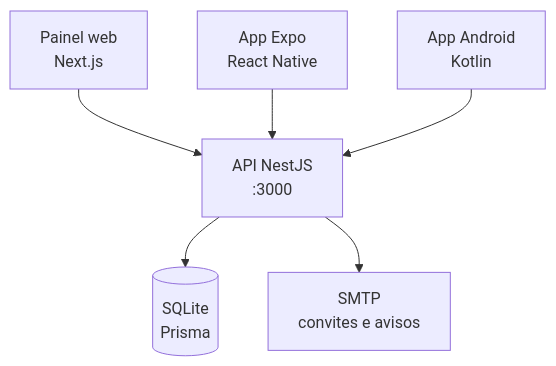
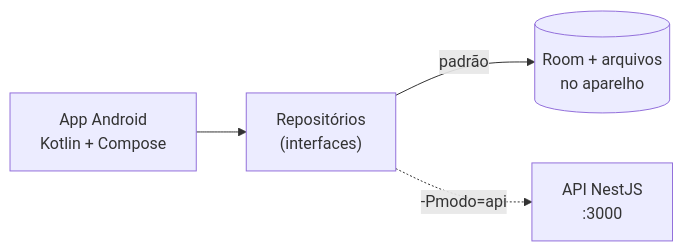
Before and after one commit to fiap-2027/lets-sign: the second of 2 diagrams in README.md, drawn with Mermaid. The commit also changed other lines of this file and 1 other file, not shown here.

First line of the commit message:
Atualiza README para app Android sem servidor

````diff
--- a/README.md
+++ b/README.md
@@ -49,8 +46,6 @@
 ```mermaid
-flowchart TD
-    WEB["Painel web<br/>Next.js"] --> API
-    RN["App Expo<br/>React Native"] --> API
-    AND["App Android<br/>Kotlin"] --> API
-    API["API NestJS<br/>:3000"] --> DB[("SQLite<br/>Prisma")]
-    API --> MAIL["SMTP<br/>convites e avisos"]
+flowchart LR
+    AND["App Android<br/>Kotlin + Compose"] --> REPO["Repositórios<br/>(interfaces)"]
+    REPO -->|padrão| ROOM[("Room + arquivos<br/>no aparelho")]
+    REPO -.->|-Pmodo=api| API["API NestJS<br/>:3000"]
 ```
````
